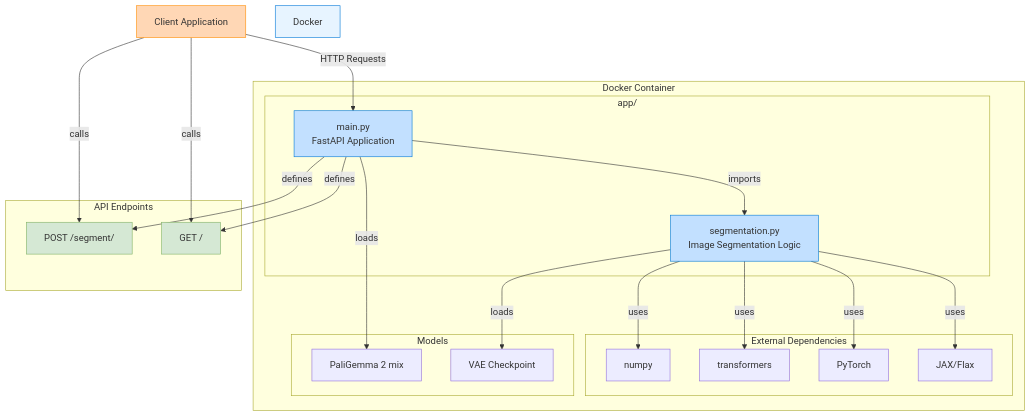
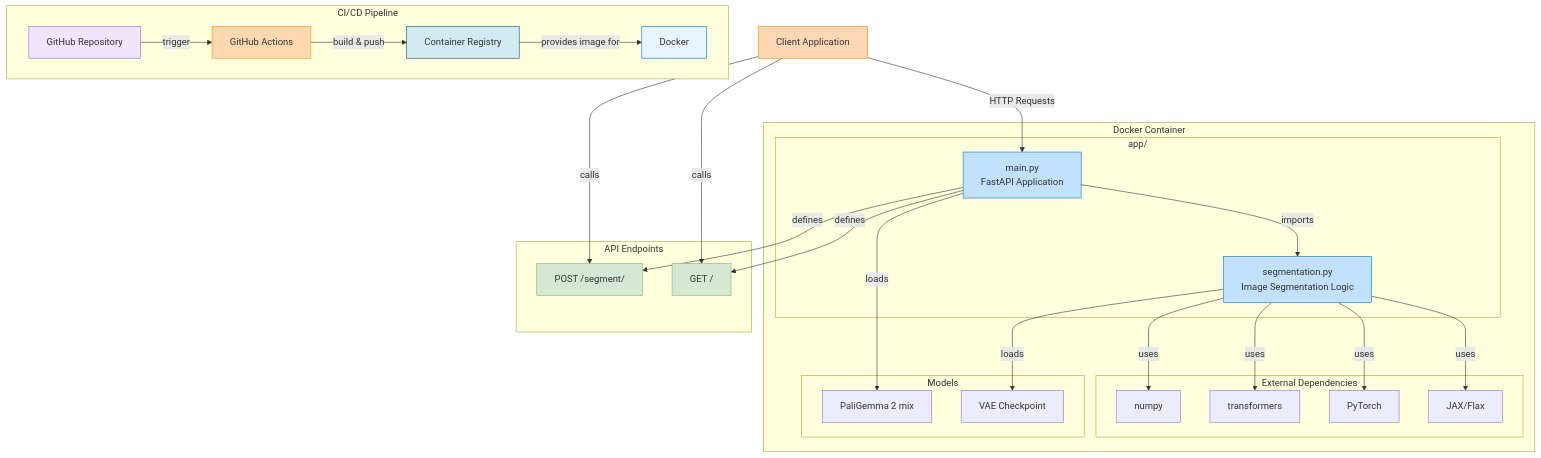
One commit to JoeJoe1313/PaliGemma-Image-Segmentation changed the second of 5 diagrams in README.md. Above: the diagram before and after it, drawn with Mermaid. The commit also changed other lines of this file, not shown here.

````diff
--- a/README.md
+++ b/README.md
@@ -58,51 +64,63 @@
 ```mermaid
 graph TD
     subgraph "Docker Container"
         subgraph "app/"
             main[main.py
             FastAPI Application]
             segmentation[segmentation.py
             Image Segmentation Logic]
             main -->|imports| segmentation
         end
         
         subgraph "External Dependencies"
             NP[numpy]
             TR[transformers]
             PT[PyTorch]
             JF[JAX/Flax]
         end
         
         subgraph "Models"
             PaliGemma[PaliGemma 2 mix]
             VAE[VAE Checkpoint]
         end
         
         segmentation -->|uses| TR
         segmentation -->|uses| PT
         segmentation -->|uses| JF
         segmentation -->|uses| NP
         
         main -->|loads| PaliGemma
         segmentation -->|loads| VAE
     end
     
     Client[Client Application] -->|HTTP Requests| main
     
     subgraph "API Endpoints"
         segment[POST /segment/]
         root[GET /]
     end
     
+    subgraph "CI/CD Pipeline"
+        GitHub[GitHub Repository]
+        Actions[GitHub Actions]
+        Registry[Container Registry]
+        GitHub -->|trigger| Actions
+        Actions -->|build & push| Registry
+        Registry -->|provides image for| Docker
+    end
+    
     main -->|defines| segment
     main -->|defines| root
     Client -->|calls| segment
     Client -->|calls| root
     
     style Docker fill:#e7f4ff,stroke:#0078d7
     style main fill:#c2e0ff,stroke:#0078d7
     style segmentation fill:#c2e0ff,stroke:#0078d7
     style Client fill:#ffd7b5,stroke:#ff8c00
     style segment fill:#d5e8d4,stroke:#82b366
     style root fill:#d5e8d4,stroke:#82b366
+    style GitHub fill:#f0e4ff,stroke:#9370db
+    style Actions fill:#ffd8b1,stroke:#ff9800
+    style Registry fill:#d1ecf1,stroke:#0c5460
 ```
````
